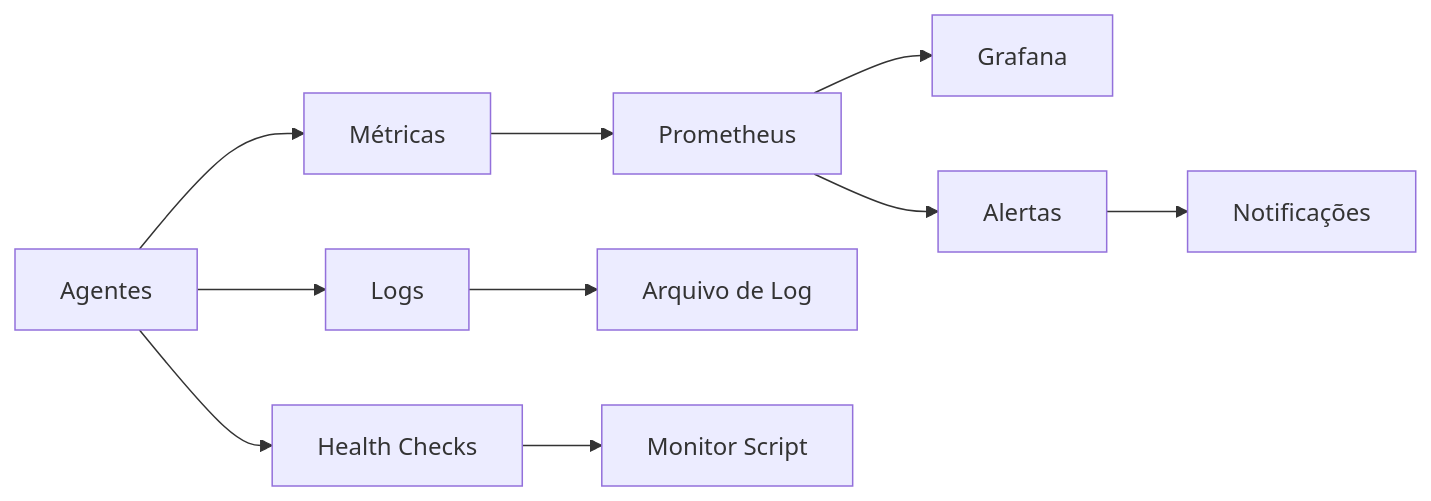
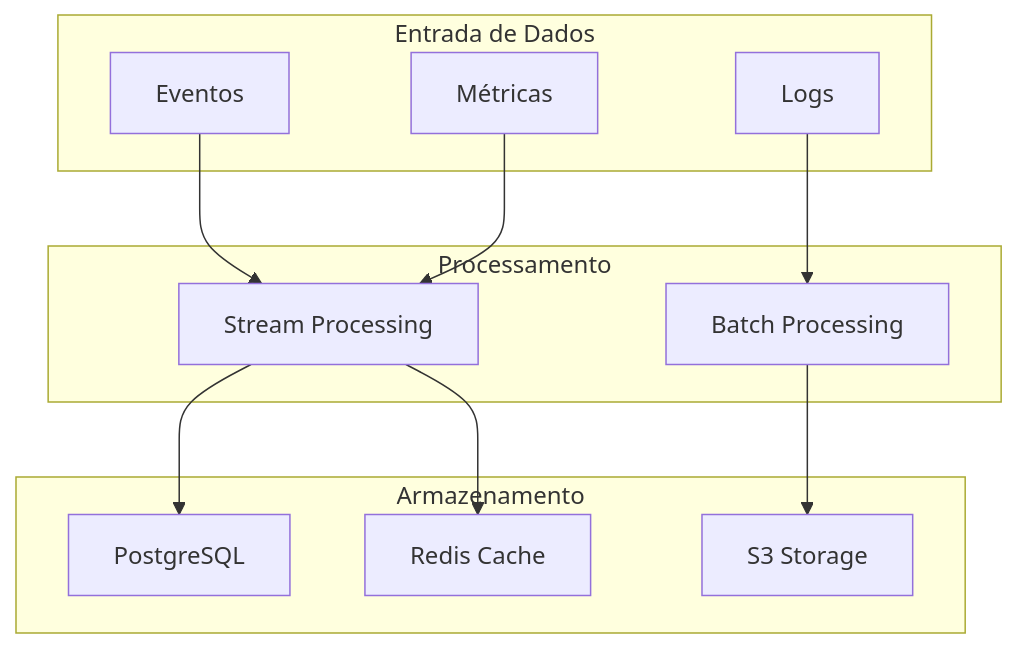
The seventh of 7 diagrams in docs/ARCHITECTURE.md (leandroclf/agentesautonomos), drawn with Mermaid before and after one commit. The commit also changed other lines of this file and 42 other files, not shown here.

````diff
--- a/docs/ARCHITECTURE.md
+++ b/docs/ARCHITECTURE.md
@@ -298,15 +312,27 @@
 ```mermaid
-flowchart LR
-    A[Agentes] --> B[Métricas]
-    B --> C[Prometheus]
-    C --> D[Grafana]
+graph TB
+    subgraph "Entrada de Dados"
+        EVENTS[Eventos]
+        METRICS[Métricas]
+        LOGS[Logs]
+    end
     
-    A --> E[Logs]
-    E --> F[Arquivo de Log]
+    subgraph "Processamento"
+        STREAM[Stream Processing]
+        BATCH[Batch Processing]
+    end
     
-    A --> G[Health Checks]
-    G --> H[Monitor Script]
+    subgraph "Armazenamento"
+        PG[PostgreSQL]
+        REDIS[Redis Cache]
+        S3[S3 Storage]
+    end
     
-    C --> I[Alertas]
-    I --> J[Notificações]
+    EVENTS --> STREAM
+    METRICS --> STREAM
+    LOGS --> BATCH
+    
+    STREAM --> PG
+    STREAM --> REDIS
+    BATCH --> S3
 ```
````
